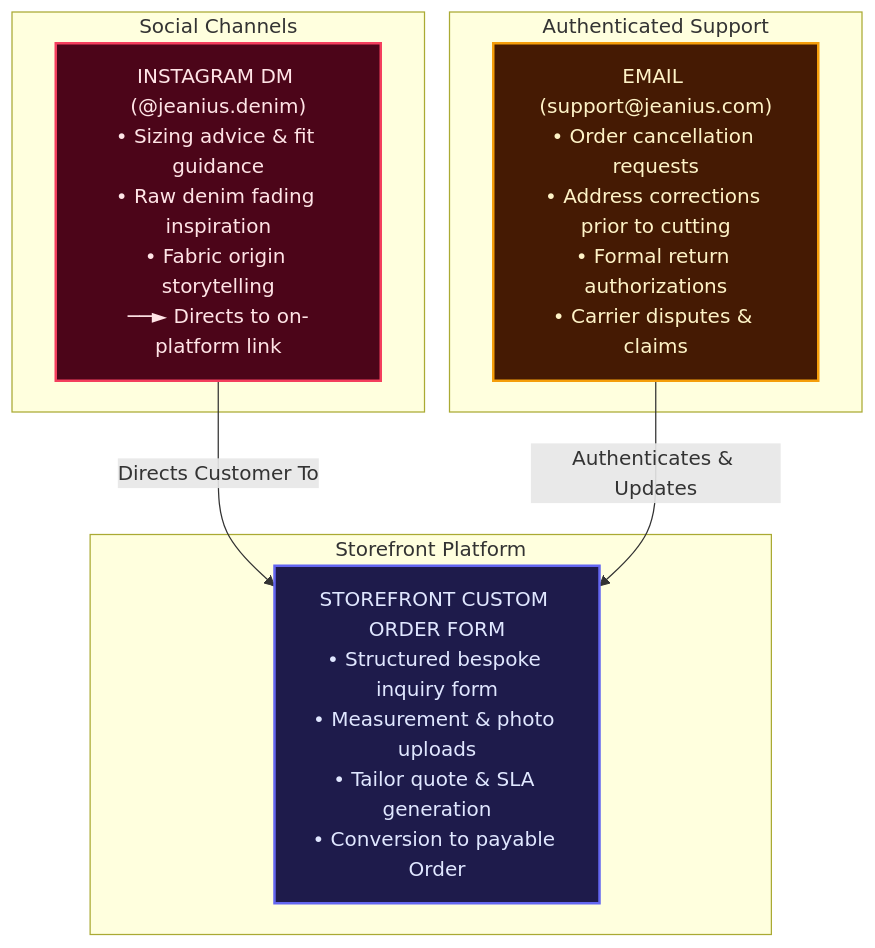
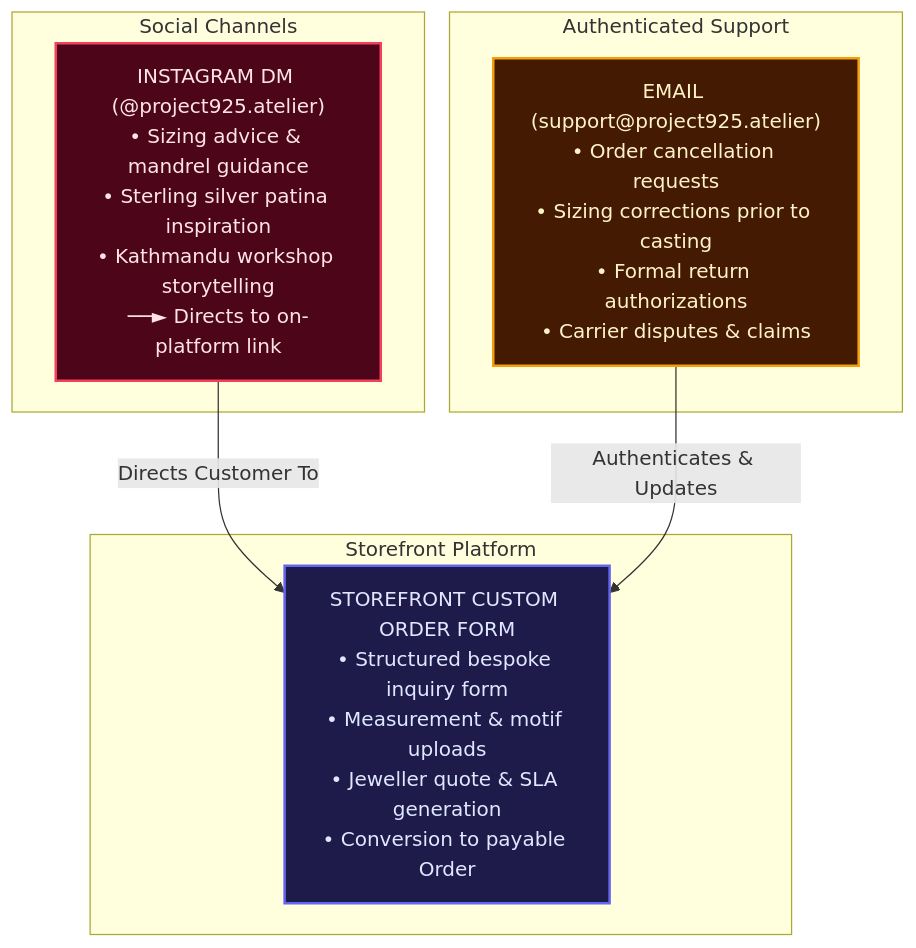
The diagram in docs/assets/diagrams/src/support-channel-boundaries.mmd (Sarthak2233/Jeanius), drawn with Mermaid before and after one commit. The commit also changed 145 other files, not shown here.

```diff
--- a/docs/assets/diagrams/src/support-channel-boundaries.mmd
+++ b/docs/assets/diagrams/src/support-channel-boundaries.mmd
@@ -1,23 +1,23 @@
 graph TD
     subgraph Social Channels
-        IG["INSTAGRAM DM (@jeanius.denim)<br/>• Sizing advice & fit guidance<br/>• Raw denim fading inspiration<br/>• Fabric origin storytelling<br/>──► Directs to on-platform link"]
+        IG["INSTAGRAM DM (@project925.atelier)<br/>• Sizing advice & mandrel guidance<br/>• Sterling silver patina inspiration<br/>• Kathmandu workshop storytelling<br/>──► Directs to on-platform link"]
     end
 
     subgraph Authenticated Support
-        Email["EMAIL (support@jeanius.com)<br/>• Order cancellation requests<br/>• Address corrections prior to cutting<br/>• Formal return authorizations<br/>• Carrier disputes & claims"]
+        Email["EMAIL (support@project925.atelier)<br/>• Order cancellation requests<br/>• Sizing corrections prior to casting<br/>• Formal return authorizations<br/>• Carrier disputes & claims"]
     end
 
     subgraph Storefront Platform
-        CustomForm["STOREFRONT CUSTOM ORDER FORM<br/>• Structured bespoke inquiry form<br/>• Measurement & photo uploads<br/>• Tailor quote & SLA generation<br/>• Conversion to payable Order"]
+        CustomForm["STOREFRONT CUSTOM ORDER FORM<br/>• Structured bespoke inquiry form<br/>• Measurement & motif uploads<br/>• Jeweller quote & SLA generation<br/>• Conversion to payable Order"]
     end
 
     IG -->|Directs Customer To| CustomForm
     Email -->|Authenticates & Updates| CustomForm
 
     classDef rose fill:#4c0519,stroke:#f43f5e,stroke-width:2px,color:#ffe4e6;
     classDef amber fill:#451a03,stroke:#f59e0b,stroke-width:2px,color:#fef3c7;
     classDef indigo fill:#1e1b4b,stroke:#6366f1,stroke-width:2px,color:#e0e7ff;
 
     class IG rose;
     class Email amber;
     class CustomForm indigo;
```
